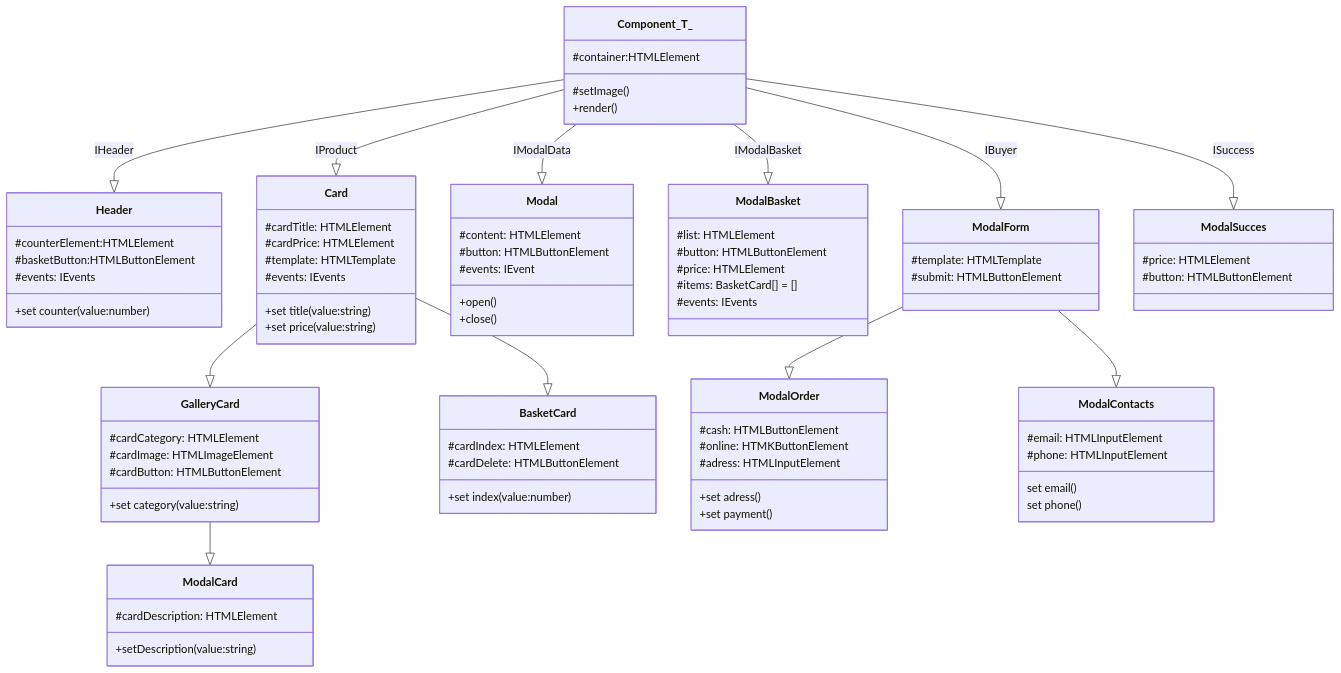
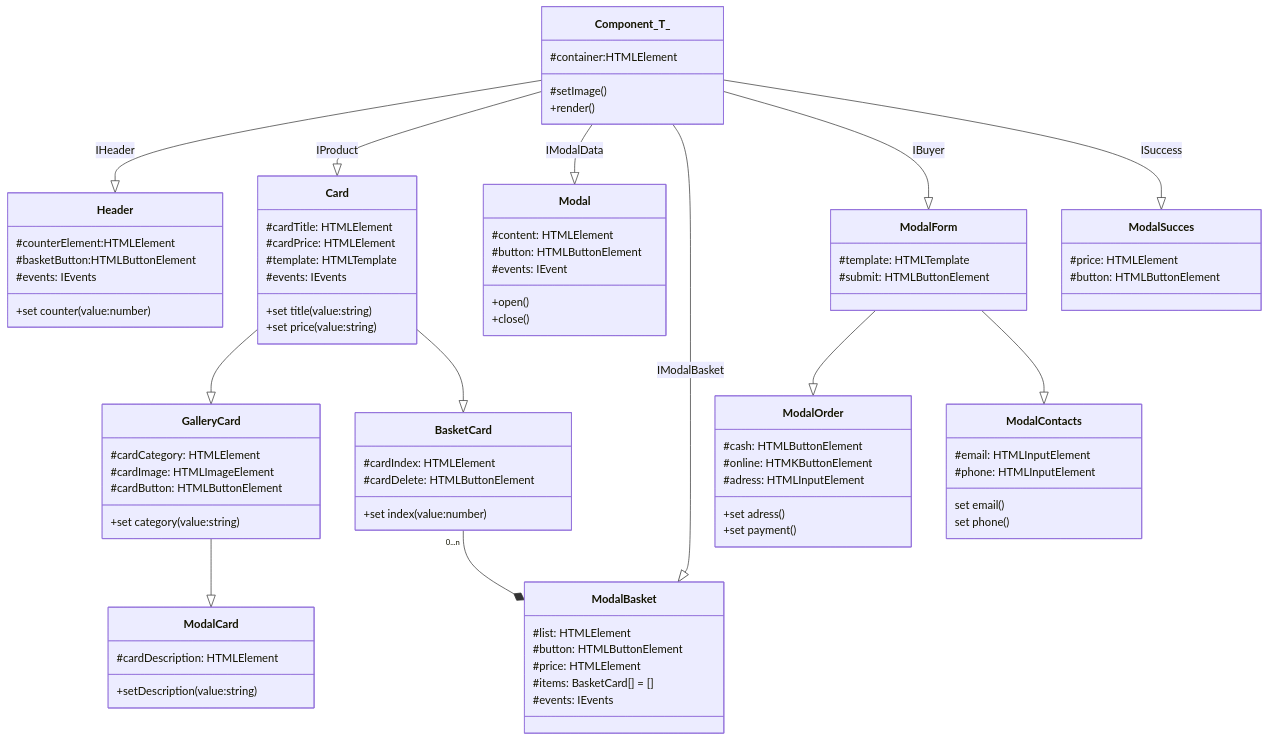
The diagram in README.md (D3C4RD/weblarek), drawn with Mermaid before and after one commit.

Commit message:
Добавлена композиция на схеме

````diff
--- a/README.md
+++ b/README.md
@@ -369,4 +369,5 @@
     GalleryCard --|> ModalCard
     ModalForm --|> ModalOrder
     ModalForm --|> ModalContacts
+    BasketCard "0...n" --* ModalBasket 
 ```
````
